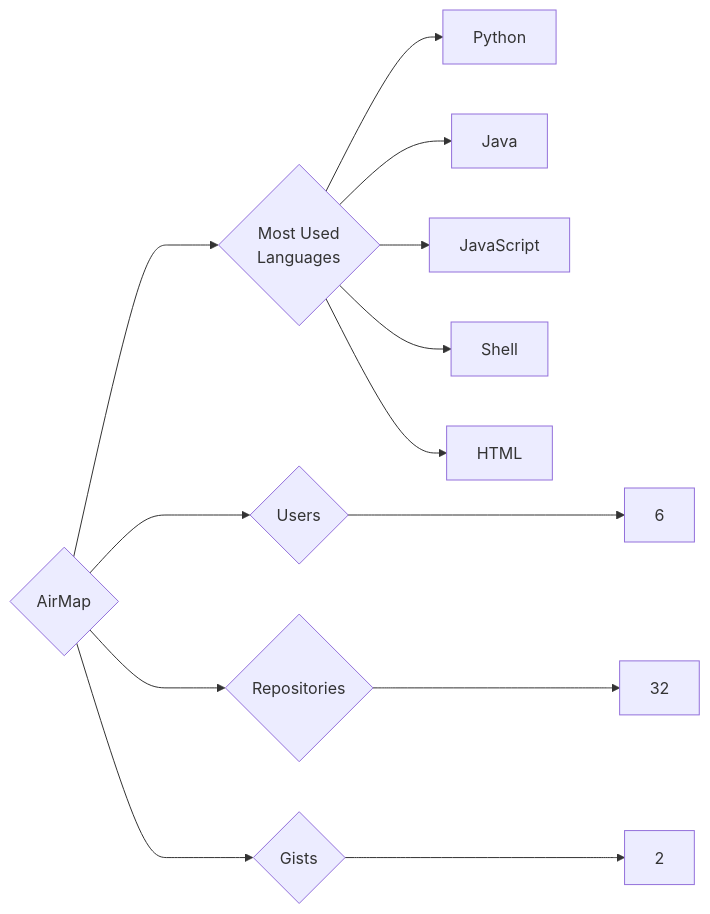
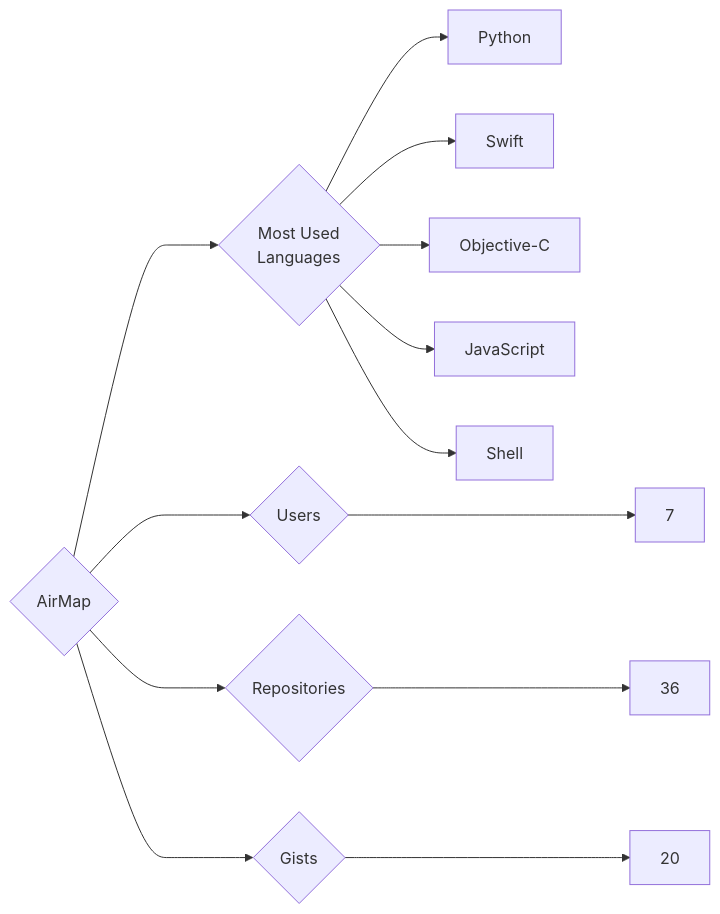
Before and after one commit to trickest/insiders: the diagram in targets/AirMap/README.md, drawn with Mermaid. The commit also changed 1141 other files, not shown here.

````diff
--- a/targets/AirMap/README.md
+++ b/targets/AirMap/README.md
@@ -3,13 +3,13 @@
 ```mermaid
 graph LR
 COMPANY_NAME{AirMap}
-COMPANY_NAME ---> U{Users} ---> UN[6]
-COMPANY_NAME ---> R{Repositories} ---> RN[32]
-COMPANY_NAME ---> G{Gists} ---> GN[2]
+COMPANY_NAME ---> U{Users} ---> UN[7]
+COMPANY_NAME ---> R{Repositories} ---> RN[36]
+COMPANY_NAME ---> G{Gists} ---> GN[20]
 COMPANY_NAME ---> ML{Most Used<br>Languages}
 ML --> Python[Python]
-ML --> Java[Java]
+ML --> Swift[Swift]
+ML --> Objective-C[Objective-C]
 ML --> JavaScript[JavaScript]
 ML --> Shell[Shell]
-ML --> HTML[HTML]
 ```
````
